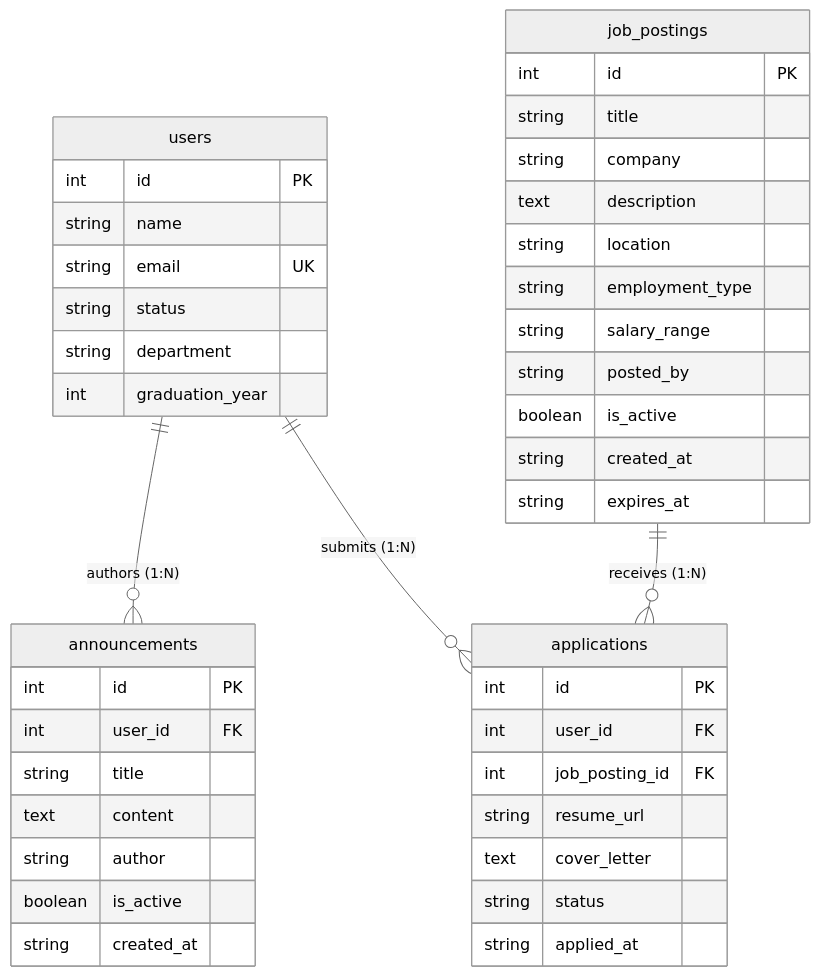
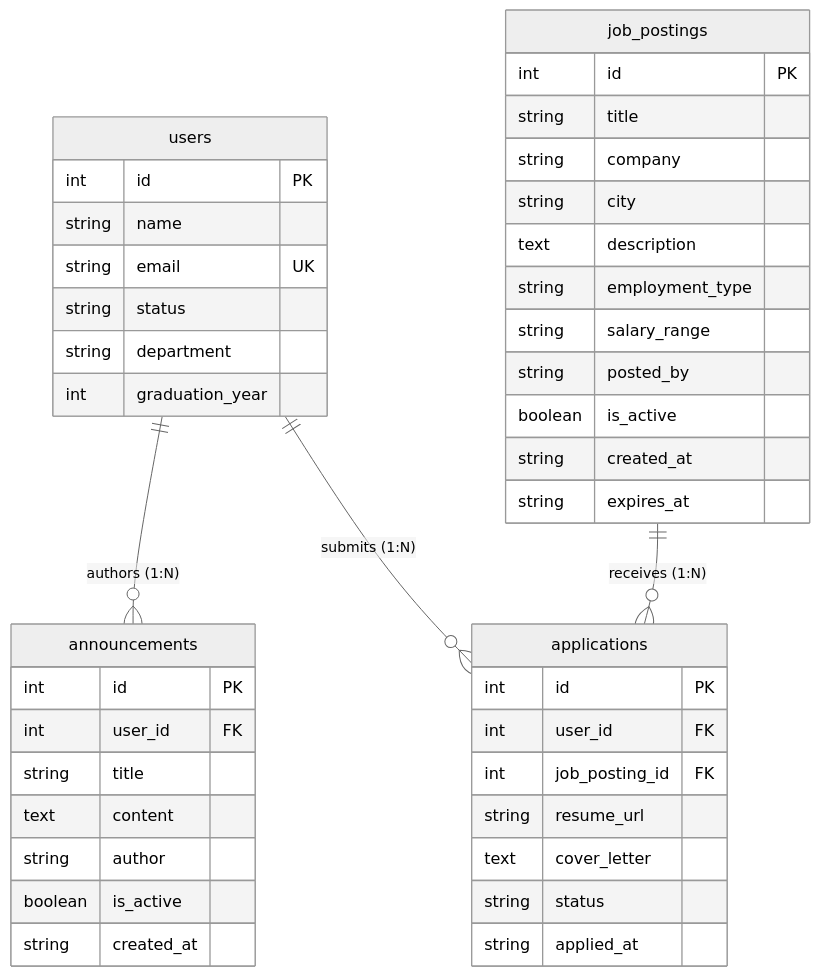
The diagram in ddd.md (berrutiryaki/alumni), drawn with Mermaid (neutral theme) before and after one commit. The commit also changed other lines of this file and 22 other files, not shown here.

````diff
--- a/ddd.md
+++ b/ddd.md
@@ -46,49 +46,49 @@
 ```mermaid
 erDiagram
     users ||--o{ announcements : "authors (1:N)"
     users ||--o{ applications : "submits (1:N)"
     job_postings ||--o{ applications : "receives (1:N)"
 
     users {
         int id PK
         string name
         string email UK
         string status
         string department
         int graduation_year
     }
 
     announcements {
         int id PK
         int user_id FK
         string title
         text content
         string author
         boolean is_active
         string created_at
     }
 
     job_postings {
         int id PK
         string title
         string company
+        string city
         text description
-        string location
         string employment_type
         string salary_range
         string posted_by
         boolean is_active
         string created_at
         string expires_at
     }
 
     applications {
         int id PK
         int user_id FK
         int job_posting_id FK
         string resume_url
         text cover_letter
         string status
         string applied_at
     }
 ```
````
